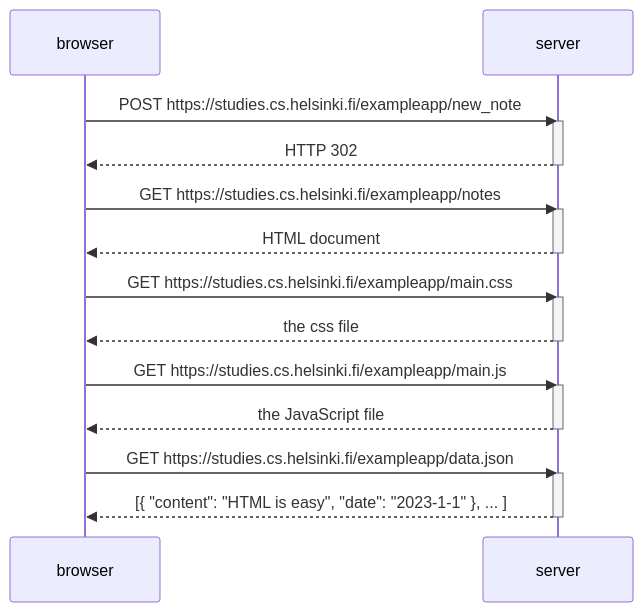
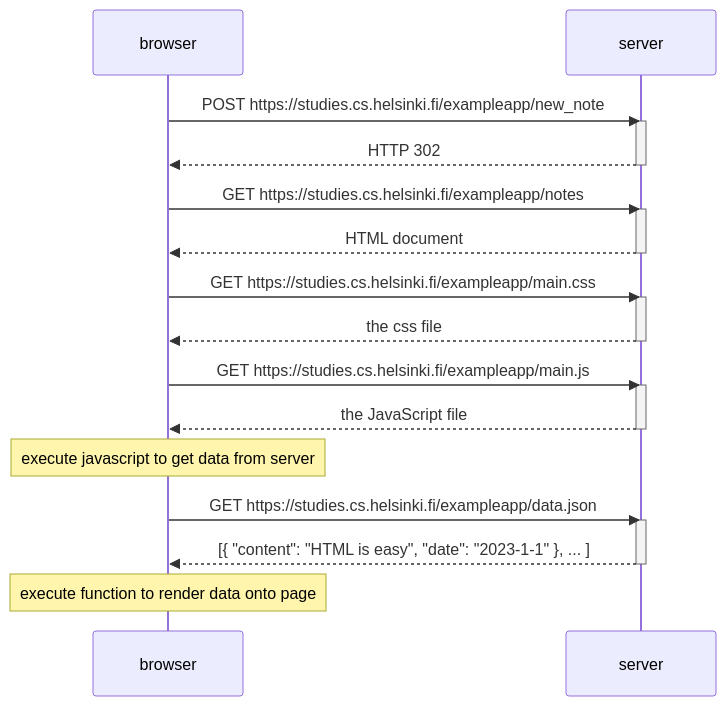
The diagram in part0/0-4.md (ronaldsin/full-stack-open), drawn with Mermaid before and after one commit.

````diff
--- a/part0/0-4.md
+++ b/part0/0-4.md
@@ -1,33 +1,37 @@
 ```mermaid
 sequenceDiagram
 
 participant browser
 participant server
 
 browser->>server: POST https://studies.cs.helsinki.fi/exampleapp/new_note
 activate server
 server-->>browser: HTTP 302
 deactivate server
 
 
 
 browser->>server: GET https://studies.cs.helsinki.fi/exampleapp/notes
 activate server
 server-->>browser: HTML document
 deactivate server
 
 browser->>server: GET https://studies.cs.helsinki.fi/exampleapp/main.css
 activate server
 server-->>browser: the css file
 deactivate server
 
 browser->>server: GET https://studies.cs.helsinki.fi/exampleapp/main.js
 activate server
 server-->>browser: the JavaScript file
 deactivate server
 
+Note over browser: execute javascript to get data from server
+
 browser->>server: GET https://studies.cs.helsinki.fi/exampleapp/data.json
 activate server
 server-->>browser: [{ "content": "HTML is easy", "date": "2023-1-1" }, ... ]
 deactivate server
+
+Note over browser: execute function to render data onto page
 ```
````
